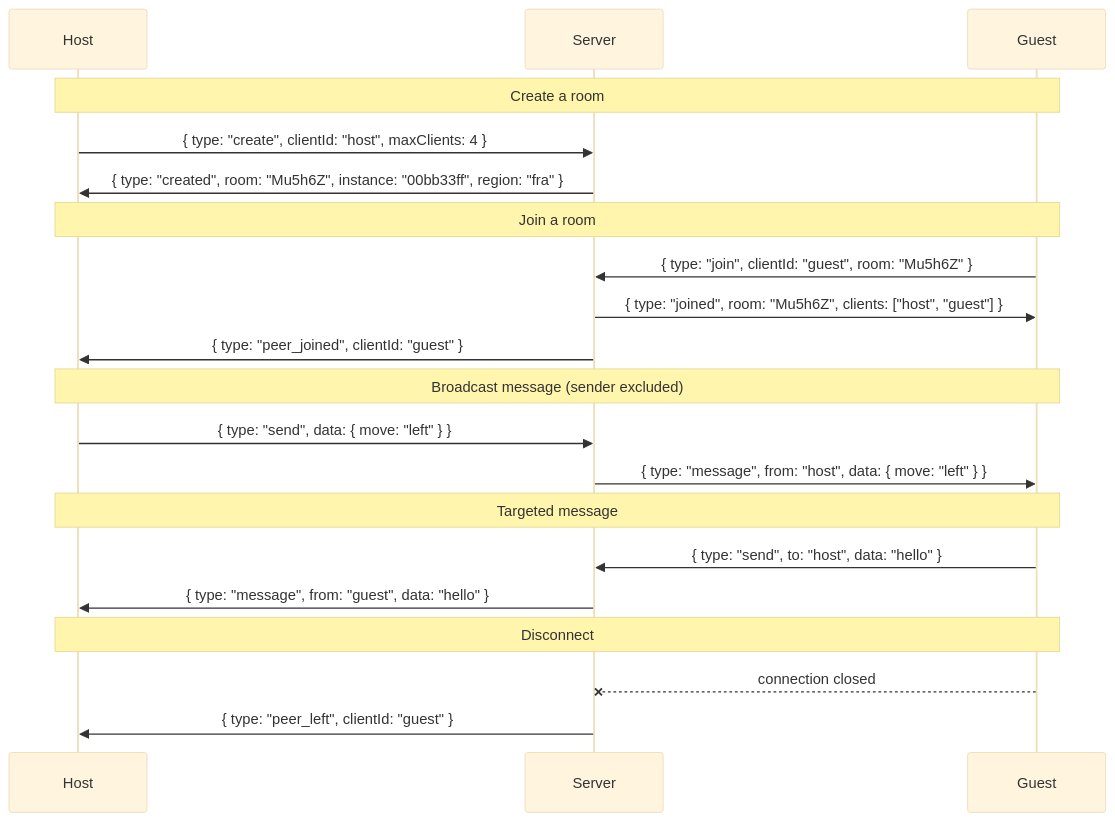
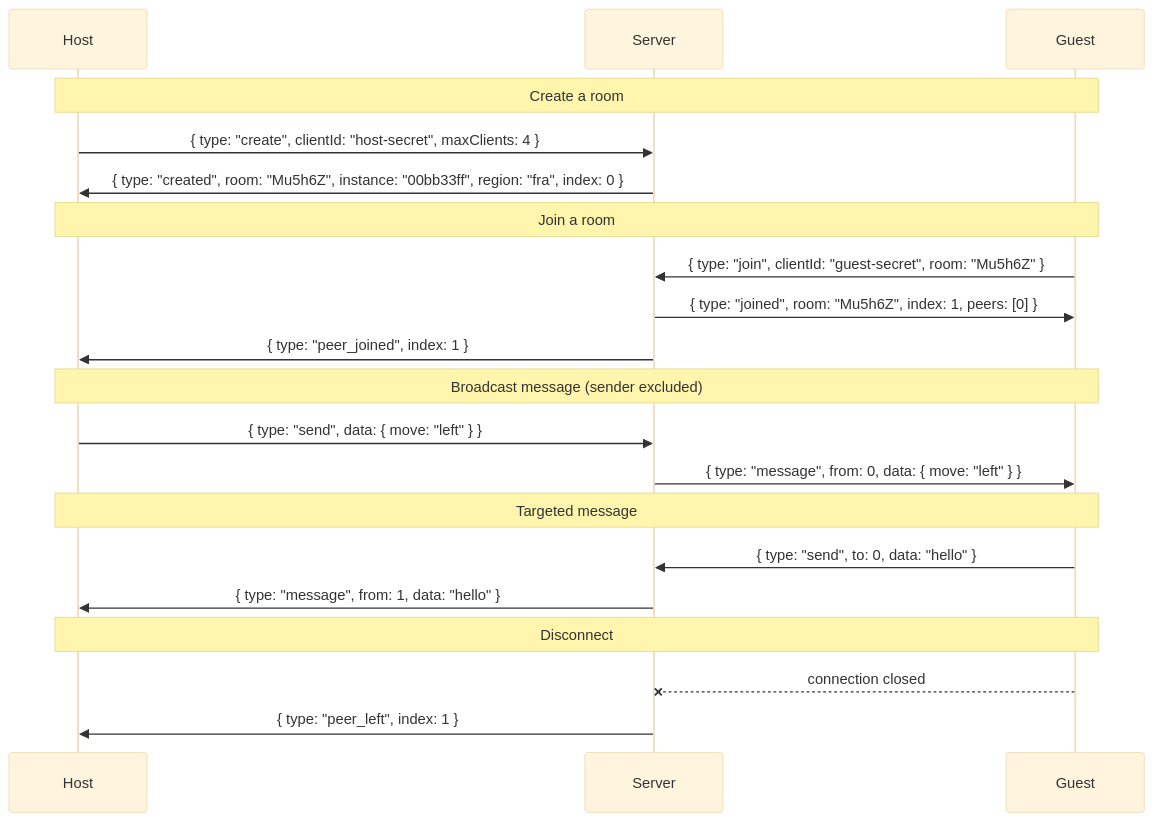
The diagram in README.md (tim4724/Party-Sockets), drawn with Mermaid (base theme) before and after one commit. The commit also changed other lines of this file and 3 other files, not shown here.

````diff
--- a/README.md
+++ b/README.md
@@ -88,27 +95,27 @@
 ```mermaid
 sequenceDiagram
     participant H as Host
     participant S as Server
     participant G as Guest
 
     Note over H,G: Create a room
-    H->>S: { type: "create", clientId: "host", maxClients: 4 }
-    S->>H: { type: "created", room: "Mu5h6Z", instance: "00bb33ff", region: "fra" }
+    H->>S: { type: "create", clientId: "host-secret", maxClients: 4 }
+    S->>H: { type: "created", room: "Mu5h6Z", instance: "00bb33ff", region: "fra", index: 0 }
 
     Note over H,G: Join a room
-    G->>S: { type: "join", clientId: "guest", room: "Mu5h6Z" }
-    S->>G: { type: "joined", room: "Mu5h6Z", clients: ["host", "guest"] }
-    S->>H: { type: "peer_joined", clientId: "guest" }
+    G->>S: { type: "join", clientId: "guest-secret", room: "Mu5h6Z" }
+    S->>G: { type: "joined", room: "Mu5h6Z", index: 1, peers: [0] }
+    S->>H: { type: "peer_joined", index: 1 }
 
     Note over H,G: Broadcast message (sender excluded)
     H->>S: { type: "send", data: { move: "left" } }
-    S->>G: { type: "message", from: "host", data: { move: "left" } }
+    S->>G: { type: "message", from: 0, data: { move: "left" } }
 
     Note over H,G: Targeted message
-    G->>S: { type: "send", to: "host", data: "hello" }
-    S->>H: { type: "message", from: "guest", data: "hello" }
+    G->>S: { type: "send", to: 0, data: "hello" }
+    S->>H: { type: "message", from: 1, data: "hello" }
 
     Note over H,G: Disconnect
     G--xS: connection closed
-    S->>H: { type: "peer_left", clientId: "guest" }
+    S->>H: { type: "peer_left", index: 1 }
 ```
````
